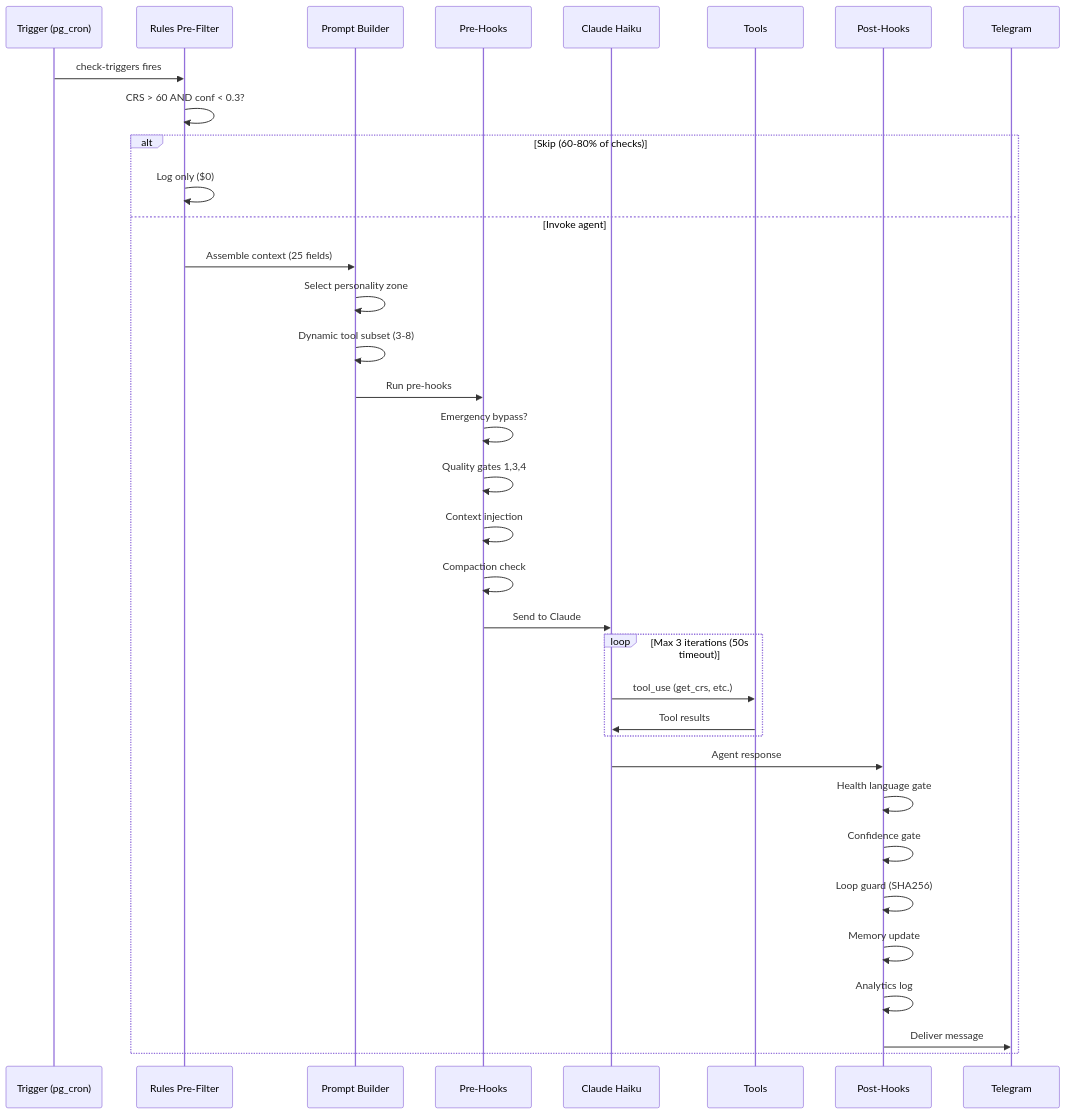
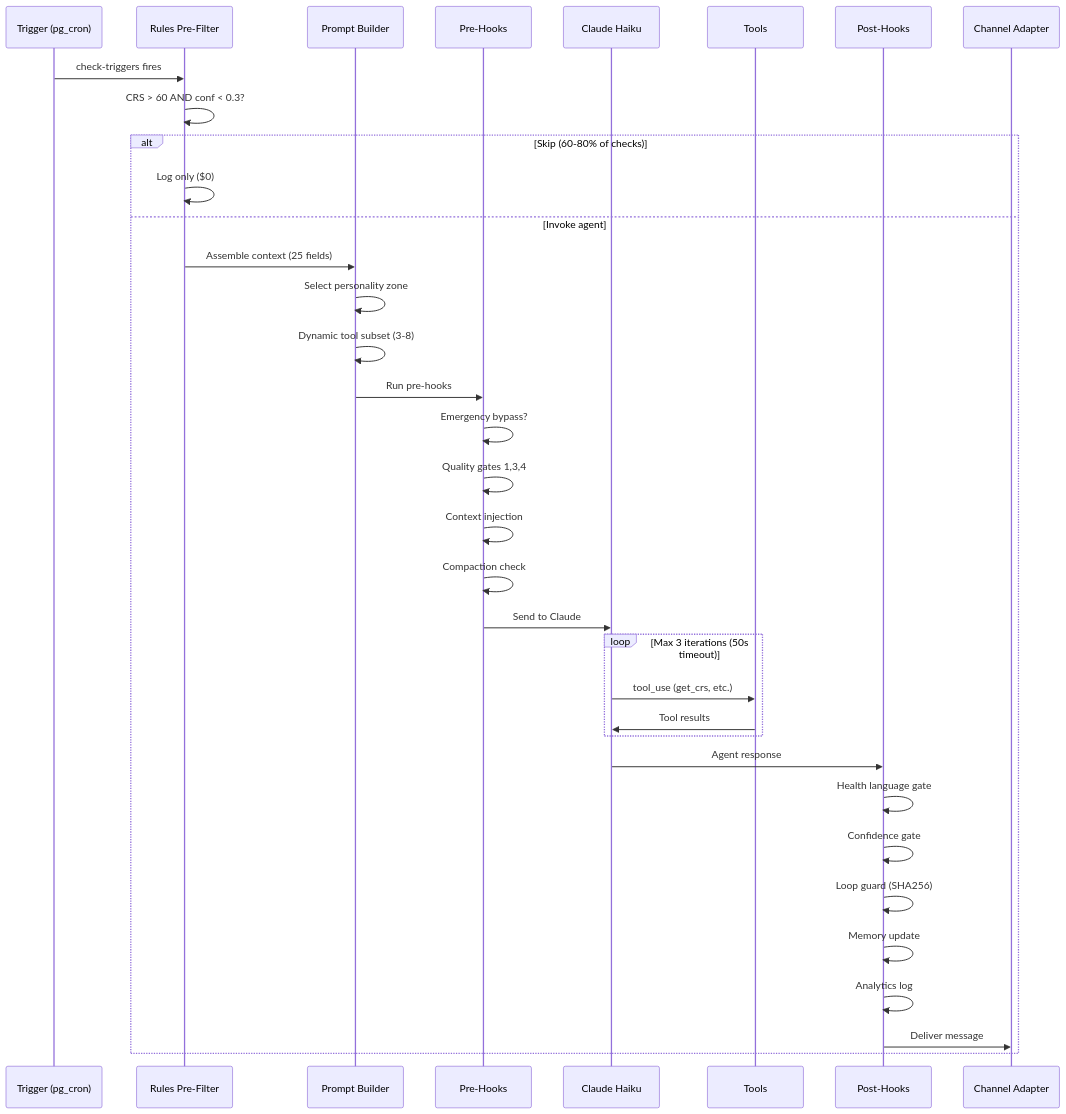
One commit to Pin4sf/Waldo changed the fourth of 8 diagrams in docs-site/diagrams.md. Above: the diagram before and after it, drawn with Mermaid. The commit also changed other lines of this file and 19 other files, not shown here.

First line of the commit message:
docs: add adapter pattern architecture, competitive analysis, and ecosystem framing

````diff
--- a/docs-site/diagrams.md
+++ b/docs-site/diagrams.md
@@ -158,41 +158,41 @@
 ```mermaid
 sequenceDiagram
     participant T as Trigger (pg_cron)
     participant PF as Rules Pre-Filter
     participant PB as Prompt Builder
     participant H1 as Pre-Hooks
     participant C as Claude Haiku
     participant TO as Tools
     participant H2 as Post-Hooks
-    participant TG as Telegram
+    participant TG as Channel Adapter
 
     T->>PF: check-triggers fires
     PF->>PF: CRS > 60 AND conf < 0.3?
 
     alt Skip (60-80% of checks)
         PF->>PF: Log only ($0)
     else Invoke agent
         PF->>PB: Assemble context (25 fields)
         PB->>PB: Select personality zone
         PB->>PB: Dynamic tool subset (3-8)
         PB->>H1: Run pre-hooks
         H1->>H1: Emergency bypass?
         H1->>H1: Quality gates 1,3,4
         H1->>H1: Context injection
         H1->>H1: Compaction check
         H1->>C: Send to Claude
 
         loop Max 3 iterations (50s timeout)
             C->>TO: tool_use (get_crs, etc.)
             TO->>C: Tool results
         end
 
         C->>H2: Agent response
         H2->>H2: Health language gate
         H2->>H2: Confidence gate
         H2->>H2: Loop guard (SHA256)
         H2->>H2: Memory update
         H2->>H2: Analytics log
         H2->>TG: Deliver message
     end
 ```
````
